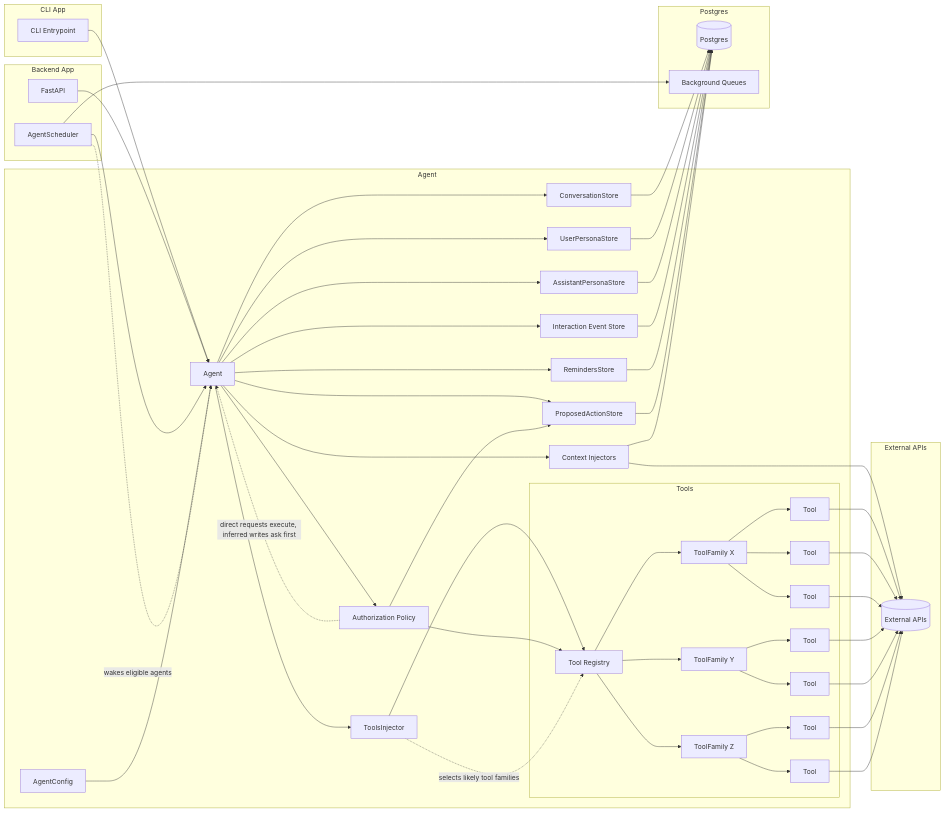
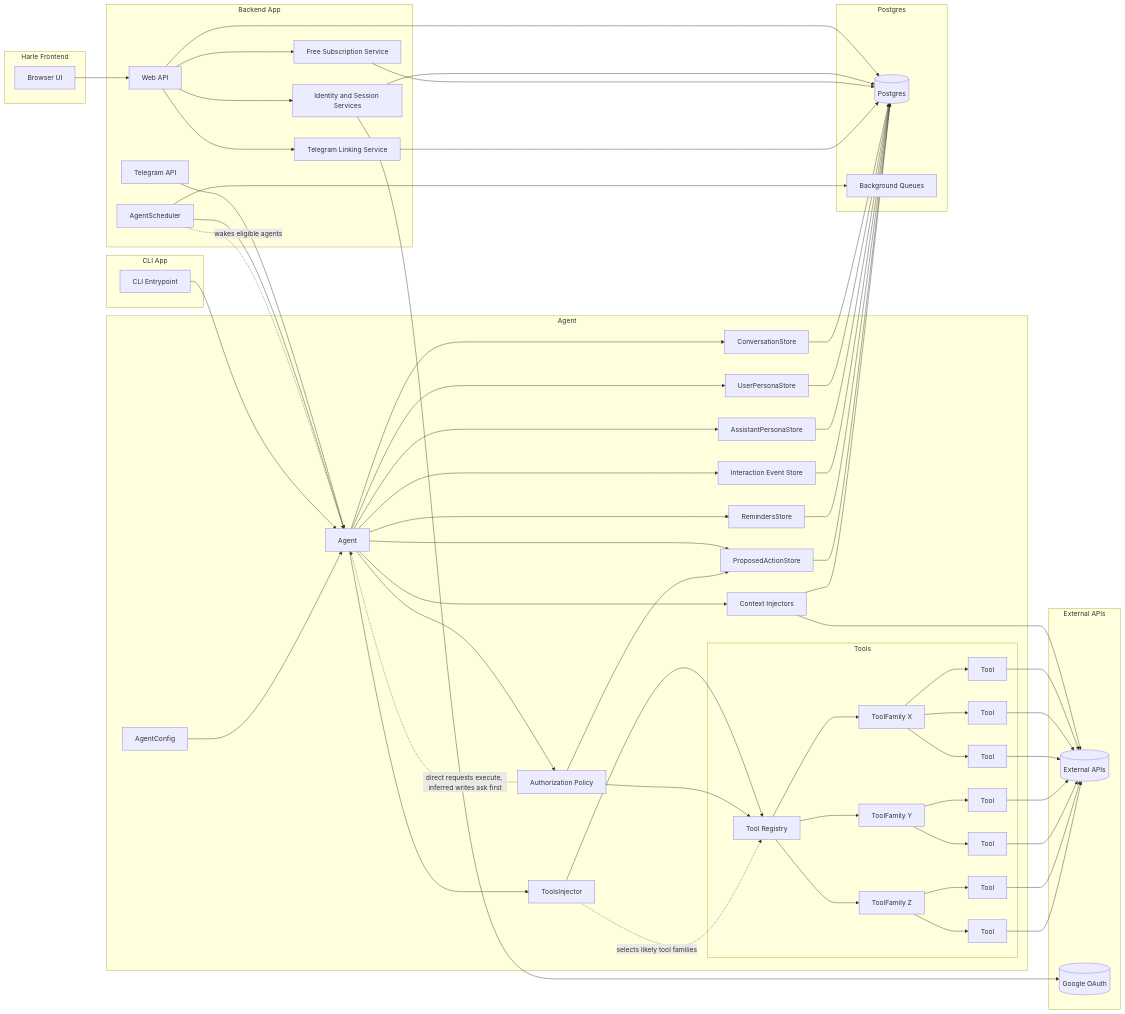
Before and after one commit to JuanJFarina/custom-gemini-cli: the diagram in docs/03_SRS.md, drawn with Mermaid. The commit also changed other lines of this file and 51 other files, not shown here.

````diff
--- a/docs/03_SRS.md
+++ b/docs/03_SRS.md
@@ -351,11 +427,19 @@
 ```mermaid
 flowchart LR
+    subgraph WebApp["Harle Frontend"]
+        BrowserUI["Browser UI"]
+    end
+
     subgraph CLIApp["CLI App"]
         CLIEntrypoint["CLI Entrypoint"]
     end
 
     subgraph BackendApp["Backend App"]
-        FastAPI["FastAPI"]
+        TelegramAPI["Telegram API"]
+        WebAPI["Web API"]
+        IdentityServices["Identity and Session Services"]
+        FreeSubscriptionService["Free Subscription Service"]
+        TelegramLinking["Telegram Linking Service"]
         AgentScheduler["AgentScheduler"]
     end
 
@@ -394,11 +478,21 @@
 
     subgraph ExternalApis["External APIs"]
         ExternalAPI[("External APIs")]
+        GoogleIdentity[("Google OAuth")]
     end
 
+    BrowserUI --> WebAPI
     CLIEntrypoint --> Agent
-    FastAPI --> Agent
+    TelegramAPI --> Agent
     AgentScheduler --> Agent
+    WebAPI --> IdentityServices
+    WebAPI --> FreeSubscriptionService
+    WebAPI --> TelegramLinking
+    WebAPI --> Postgres
+    IdentityServices --> Postgres
+    FreeSubscriptionService --> Postgres
+    TelegramLinking --> Postgres
+    IdentityServices --> GoogleIdentity
 
     AgentConfig --> Agent
     Agent --> ConversationStore
````
